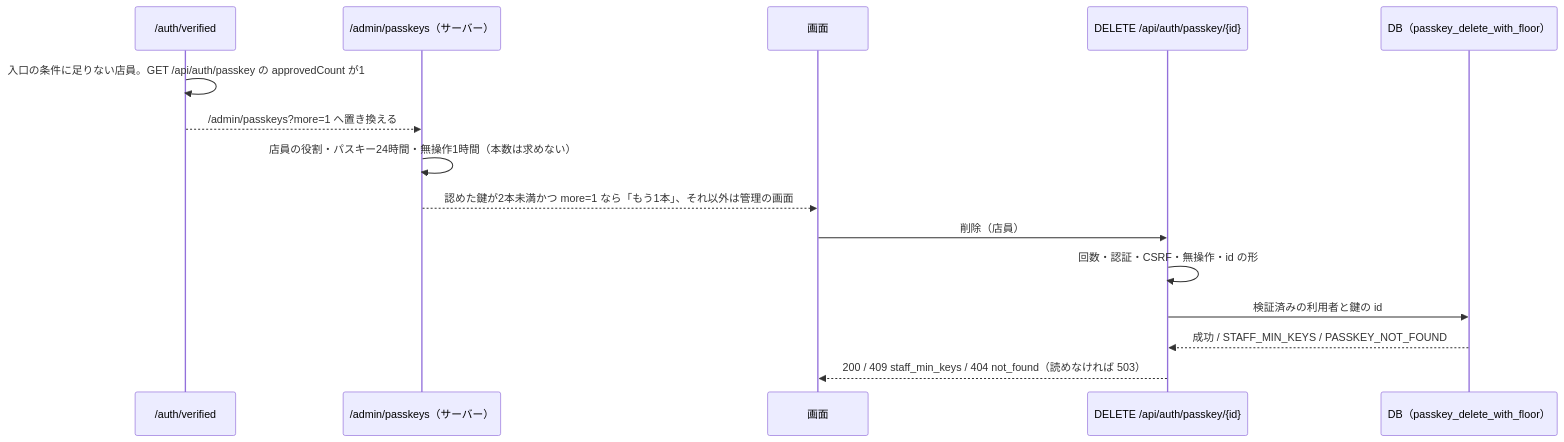
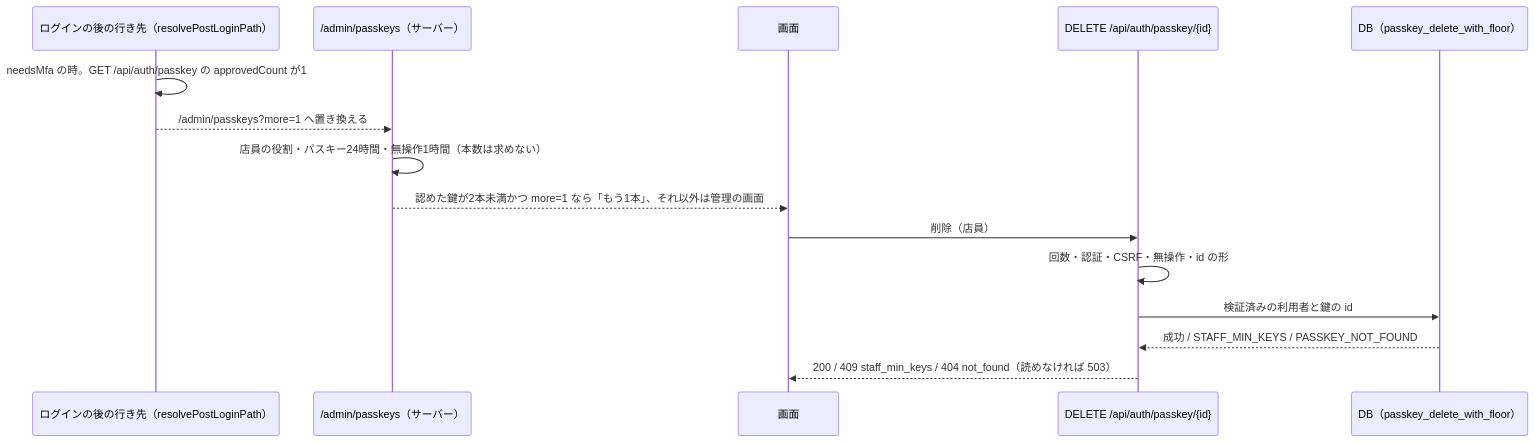
One commit to ChocoWork/o_official changed the diagram in docs/04_DetailDesign/sequence/auth-staff-passkey-manage.md. Above: the diagram before and after it, drawn with Mermaid. The commit also changed other lines of this file and 107 other files, not shown here.

First line of the commit message:
feat(auth): 認証アプリ（TOTP）の窓口・画面と MFA のやり直しの窓口を消す（パスキー段4）

````diff
--- a/docs/04_DetailDesign/sequence/auth-staff-passkey-manage.md
+++ b/docs/04_DetailDesign/sequence/auth-staff-passkey-manage.md
@@ -30,17 +30,17 @@
 ```mermaid
 sequenceDiagram
-    participant V as /auth/verified
+    participant V as ログインの後の行き先（resolvePostLoginPath）
     participant P as /admin/passkeys（サーバー）
     participant U as 画面
     participant A as DELETE /api/auth/passkey/{id}
     participant D as DB（passkey_delete_with_floor）
-    V->>V: 入口の条件に足りない店員。GET /api/auth/passkey の approvedCount が1
+    V->>V: needsMfa の時。GET /api/auth/passkey の approvedCount が1
     V-->>P: /admin/passkeys?more=1 へ置き換える
     P->>P: 店員の役割・パスキー24時間・無操作1時間（本数は求めない）
     P-->>U: 認めた鍵が2本未満かつ more=1 なら「もう1本」、それ以外は管理の画面
     U->>A: 削除（店員）
     A->>A: 回数・認証・CSRF・無操作・id の形
     A->>D: 検証済みの利用者と鍵の id
     D-->>A: 成功 / STAFF_MIN_KEYS / PASSKEY_NOT_FOUND
     A-->>U: 200 / 409 staff_min_keys / 404 not_found（読めなければ 503）
 ```
````
